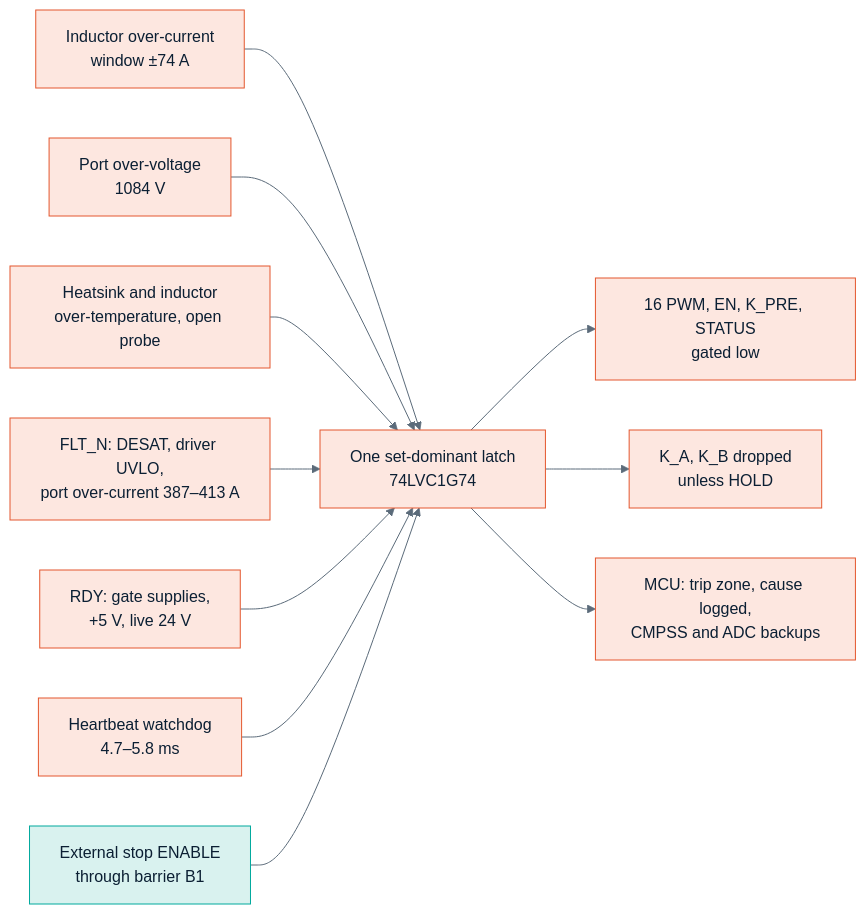
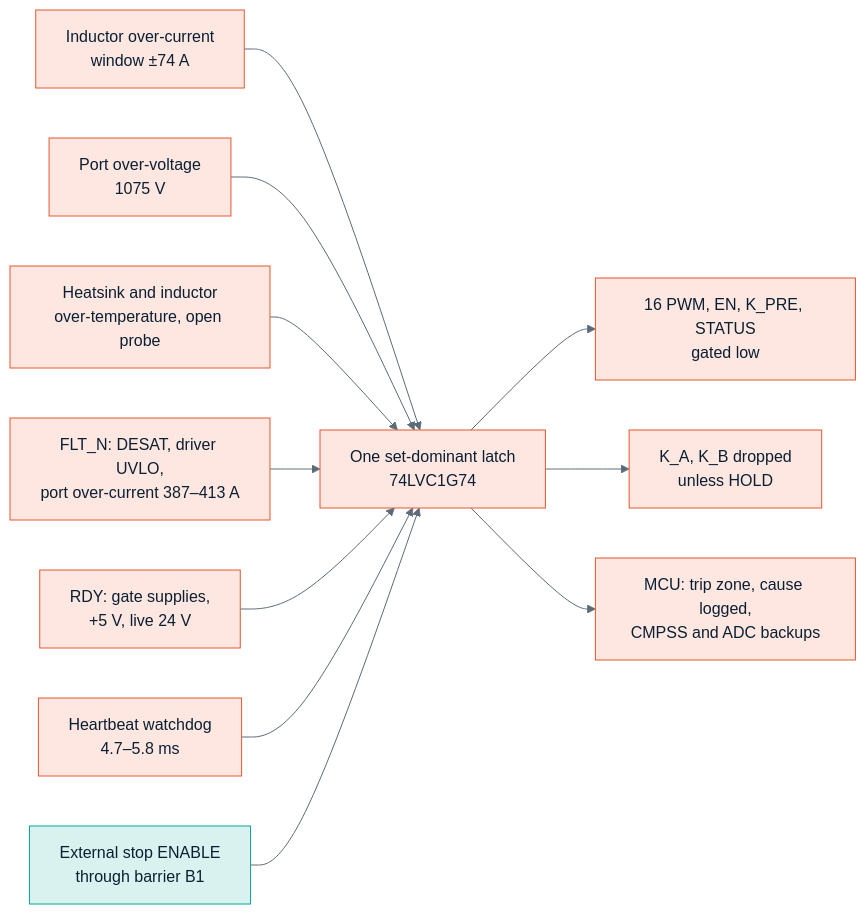
One commit to vectivolt/PCM changed the first of 4 diagrams in docs/guide/04-protection-and-safety.md. Above: the diagram before and after it, drawn with Mermaid. The commit also changed other lines of this file and 97 other files, not shown here.

````diff
--- a/docs/guide/04-protection-and-safety.md
+++ b/docs/guide/04-protection-and-safety.md
@@ -28,27 +28,27 @@
 ```mermaid
 %%{init: {"theme": "base", "themeVariables": {"primaryColor": "#EEF3F7", "primaryBorderColor": "#0B1F33", "primaryTextColor": "#0B1F33", "lineColor": "#5B6B7A", "secondaryColor": "#D9F2EF", "tertiaryColor": "#FFF4D6", "fontFamily": "Inter, Helvetica, Arial, sans-serif"}}}%%
 flowchart LR
     OC["Inductor over-current<br/>window ±74 A"]:::live
-    OV["Port over-voltage<br/>1084 V"]:::live
+    OV["Port over-voltage<br/>1075 V"]:::live
     OT["Heatsink and inductor<br/>over-temperature, open probe"]:::live
     FLT["FLT_N: DESAT, driver UVLO,<br/>port over-current 387–413 A"]:::live
     RDY["RDY: gate supplies,<br/>+5 V, live 24 V"]:::live
     WD["Heartbeat watchdog<br/>4.7–5.8 ms"]:::live
     STOP["External stop ENABLE<br/>through barrier B1"]:::selv
     LATCH["One set-dominant latch<br/>74LVC1G74"]:::live
     PWM["16 PWM, EN, K_PRE, STATUS<br/>gated low"]:::live
     K["K_A, K_B dropped<br/>unless HOLD"]:::live
     MCU["MCU: trip zone, cause logged,<br/>CMPSS and ADC backups"]:::live
     OC --> LATCH
     OV --> LATCH
     OT --> LATCH
     FLT --> LATCH
     RDY --> LATCH
     WD --> LATCH
     STOP --> LATCH
     LATCH --> PWM
     LATCH --> K
     LATCH --> MCU
     classDef live fill:#FDE7E0,stroke:#E4572E,color:#0B1F33
     classDef selv fill:#D9F2EF,stroke:#00A99D,color:#0B1F33
 ```
````
